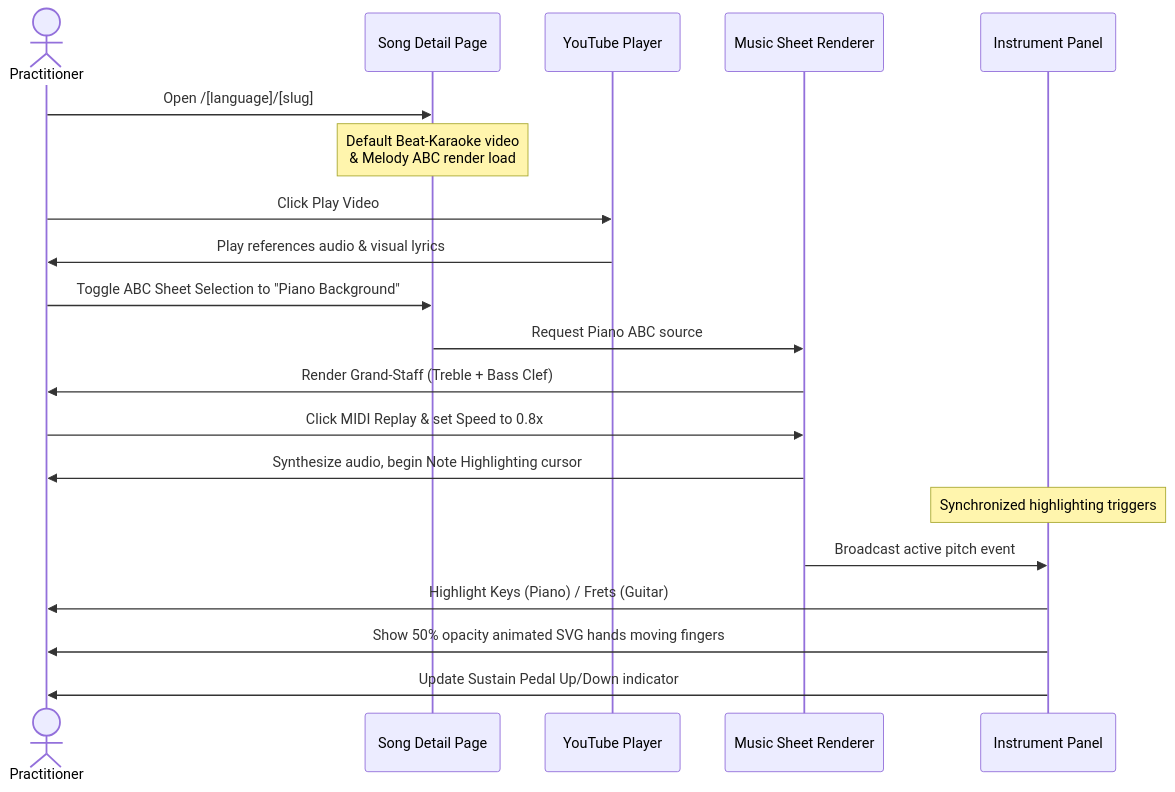
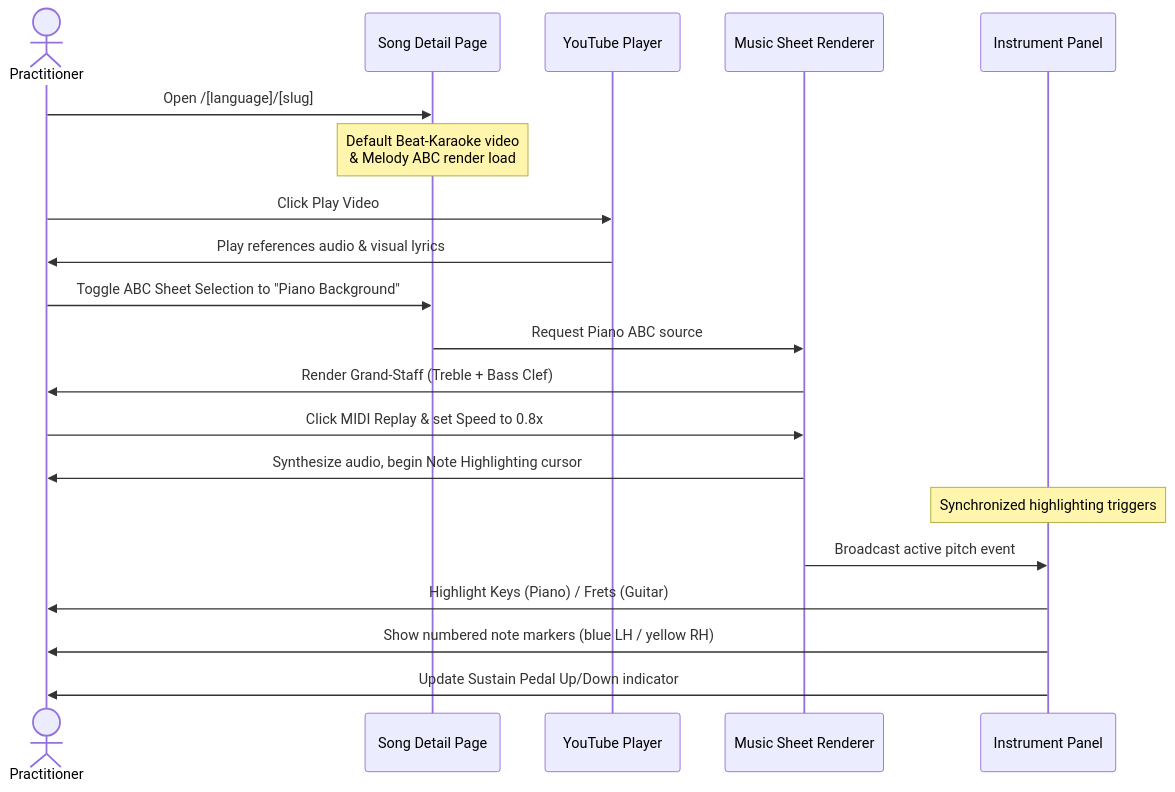
Before and after one commit to duyhunghd6/bhajan-song-composer: the second of 4 diagrams in docs/UI.md, drawn with Mermaid. The commit also changed other lines of this file and 21 other files, not shown here.

Commit message:
refactor(instruments): replace simulated hands with note markers

````diff
--- a/docs/UI.md
+++ b/docs/UI.md
@@ -230,27 +230,27 @@
 ```mermaid
 sequenceDiagram
     actor User as Practitioner
     participant Page as Song Detail Page
     participant YT as YouTube Player
     participant Music as Music Sheet Renderer
     participant Inst as Instrument Panel
 
     User->>Page: Open /[language]/[slug]
     Note over Page: Default Beat-Karaoke video<br/>& Melody ABC render load
     
     User->>YT: Click Play Video
     YT->>User: Play references audio & visual lyrics
     
     User->>Page: Toggle ABC Sheet Selection to "Piano Background"
     Page->>Music: Request Piano ABC source
     Music->>User: Render Grand-Staff (Treble + Bass Clef)
     
     User->>Music: Click MIDI Replay & set Speed to 0.8x
     Music->>User: Synthesize audio, begin Note Highlighting cursor
     
     Note over Inst: Synchronized highlighting triggers
     Music->>Inst: Broadcast active pitch event
     Inst->>User: Highlight Keys (Piano) / Frets (Guitar)
-    Inst->>User: Show 50% opacity animated SVG hands moving fingers
+    Inst->>User: Show numbered note markers (blue LH / yellow RH)
     Inst->>User: Update Sustain Pedal Up/Down indicator
 ```
````
